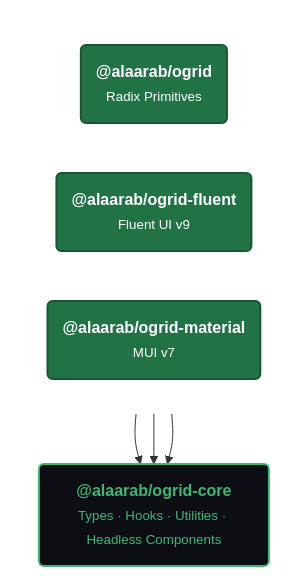
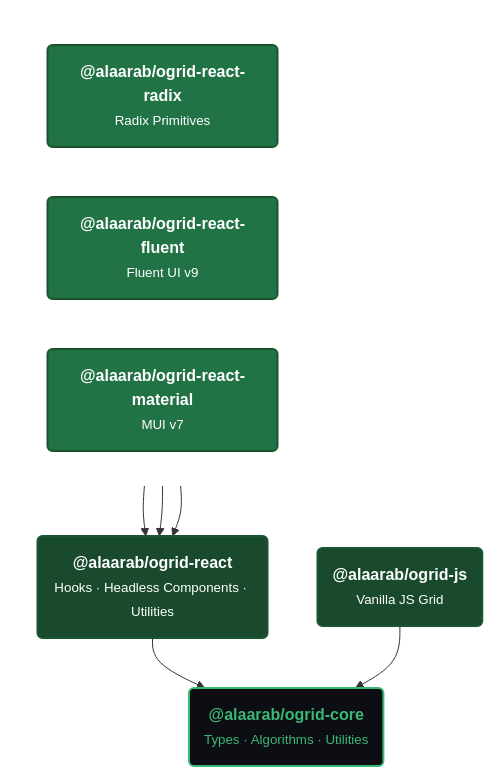
One commit to alaarab/ogrid changed the diagram in packages/docs/docs/getting-started/overview.mdx. Above: the diagram before and after it, drawn with Mermaid. The commit also changed other lines of this file and 112 other files, not shown here.

````diff
--- a/packages/docs/docs/getting-started/overview.mdx
+++ b/packages/docs/docs/getting-started/overview.mdx
@@ -25,21 +25,27 @@
 ```mermaid
 flowchart TD
   subgraph ui [" "]
     direction LR
-    radix("<b>@alaarab/ogrid</b><br/><small>Radix Primitives</small>")
-    fluent("<b>@alaarab/ogrid-fluent</b><br/><small>Fluent UI v9</small>")
-    material("<b>@alaarab/ogrid-material</b><br/><small>MUI v7</small>")
+    radix("<b>@alaarab/ogrid-react-radix</b><br/><small>Radix Primitives</small>")
+    fluent("<b>@alaarab/ogrid-react-fluent</b><br/><small>Fluent UI v9</small>")
+    material("<b>@alaarab/ogrid-react-material</b><br/><small>MUI v7</small>")
   end
 
-  radix --> core
-  fluent --> core
-  material --> core
+  radix --> react
+  fluent --> react
+  material --> react
+  react --> core
+  js --> core
 
-  core("<b>@alaarab/ogrid-core</b><br/><small>Types · Hooks · Utilities · Headless Components</small>")
+  react("<b>@alaarab/ogrid-react</b><br/><small>Hooks · Headless Components · Utilities</small>")
+  js("<b>@alaarab/ogrid-js</b><br/><small>Vanilla JS Grid</small>")
+  core("<b>@alaarab/ogrid-core</b><br/><small>Types · Algorithms · Utilities</small>")
 
   style radix fill:#217346,color:#fff,stroke:#185530,stroke-width:2px
   style fluent fill:#217346,color:#fff,stroke:#185530,stroke-width:2px
   style material fill:#217346,color:#fff,stroke:#185530,stroke-width:2px
+  style react fill:#1a4a2e,color:#fff,stroke:#185530,stroke-width:2px
+  style js fill:#1a4a2e,color:#fff,stroke:#185530,stroke-width:2px
   style core fill:#0d0d14,color:#3ab876,stroke:#3ab876,stroke-width:2px
   style ui fill:none,stroke:none
 ```
````
